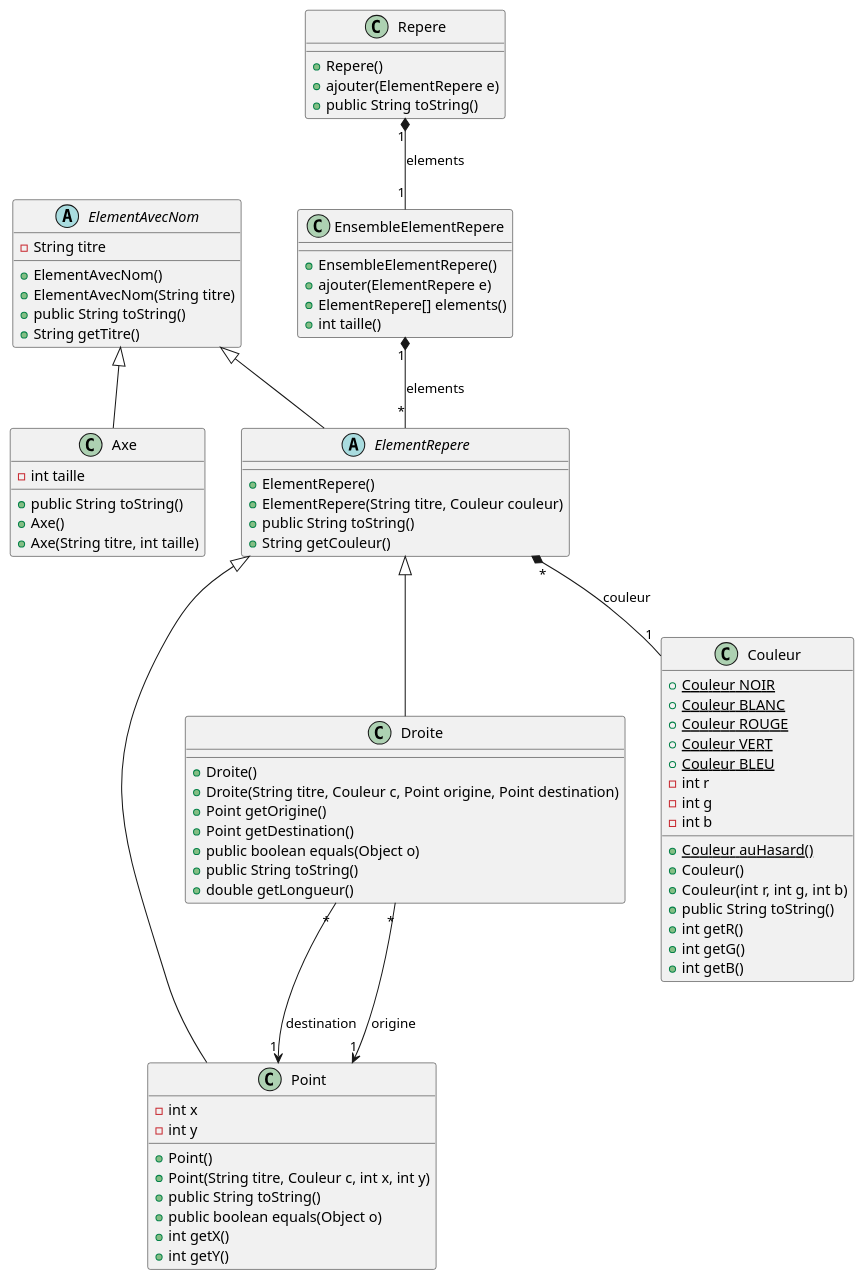
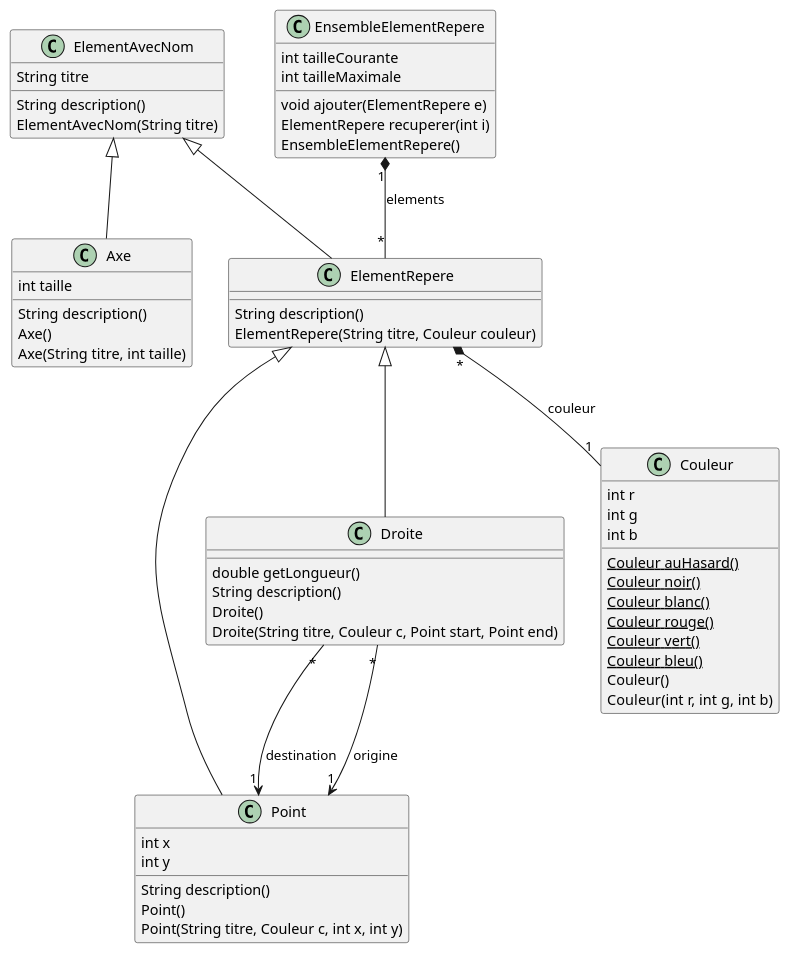
Before and after one commit to EnseirbTelecom/pg220-official: the diagram in tp1/doc/design.plantuml, drawn with PlantUML. The commit also changed 10 other files, not shown here.

```diff
--- a/tp1/doc/design.plantuml
+++ b/tp1/doc/design.plantuml
@@ -1,77 +1,59 @@
-@startuml design_tp1.png
-abstract class ElementAvecNom {
-- String titre
-+ ElementAvecNom()
-+ ElementAvecNom(String titre)
-+ public String toString()
-+ String getTitre()
+@startuml tp1_uml.png
+class ElementAvecNom {
+  String titre
+  String description()
+  ElementAvecNom(String titre)
 }
-abstract class ElementRepere {
-+ ElementRepere()
-+ ElementRepere(String titre, Couleur couleur)
-+ public String toString()
-+ String getCouleur()
-}
+class ElementRepere
 ElementAvecNom <|-- Axe
 ElementAvecNom <|-- ElementRepere
 ElementRepere <|-- Point
 class Point {
-- int x
-- int y
-+ Point()
-+ Point(String titre, Couleur c, int x, int y)
-+ public String toString()
-+ public boolean equals(Object o)
-+ int getX()
-+ int getY()
+  int x
+  int y
+  String description()
+  Point()
+  Point(String titre, Couleur c, int x, int y)
 }
 ElementRepere <|-- Droite
 class Droite {
-+ Droite()
-+ Droite(String titre, Couleur c, Point origine, Point destination)
-+ Point getOrigine()
-+ Point getDestination()
-+ public boolean equals(Object o)
-+ public String toString()
-+ double getLongueur()
+  double getLongueur()
+  String description()
+  Droite()
+  Droite(String titre, Couleur c, Point start, Point end)
 }
 Droite "*" --> "1" Point : origine
 Droite "*" --> "1" Point : destination
 class Couleur {
-+ {static} Couleur NOIR
-+ {static} Couleur BLANC
-+ {static} Couleur ROUGE
-+ {static} Couleur VERT
-+ {static} Couleur BLEU
-- int r
-- int g
-- int b
-+ {static} Couleur auHasard()
-+ Couleur()
-+ Couleur(int r, int g, int b)
-+ public String toString()
-+ int getR()
-+ int getG()
-+ int getB()
+  {static} Couleur auHasard()
+  {static} Couleur noir()
+  {static} Couleur blanc()
+  {static} Couleur rouge()
+  {static} Couleur vert()
+  {static} Couleur bleu()
+  int r
+  int g
+  int b
+  Couleur()
+  Couleur(int r, int g, int b)
 }
 ElementRepere "*" *-- "1" Couleur : couleur
+class ElementRepere {
+  String description()
+  ElementRepere(String titre, Couleur couleur)
+}
 class Axe {
-- int taille
-+ public String toString()
-+ Axe()
-+ Axe(String titre, int taille)
+  int taille
+  String description()
+  Axe()
+  Axe(String titre, int taille)
 }
 class EnsembleElementRepere {
-+ EnsembleElementRepere()
-+ ajouter(ElementRepere e)
-+ ElementRepere[] elements()
-+ int taille()
+  int tailleCourante
+  int tailleMaximale
+  void ajouter(ElementRepere e)
+  ElementRepere recuperer(int i)
+  EnsembleElementRepere()
 }
 EnsembleElementRepere "1" *-- "*" ElementRepere : elements
-class Repere {
-+ Repere()
-+ ajouter(ElementRepere e)
-+ public String toString()
-}
-Repere "1" *-- "1" EnsembleElementRepere : elements
 @enduml
```
